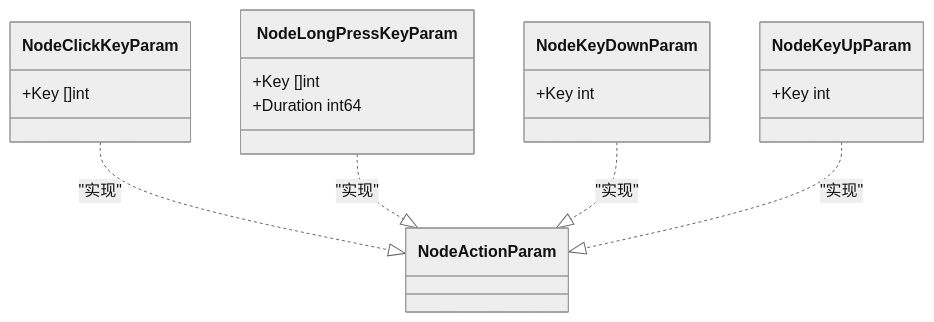
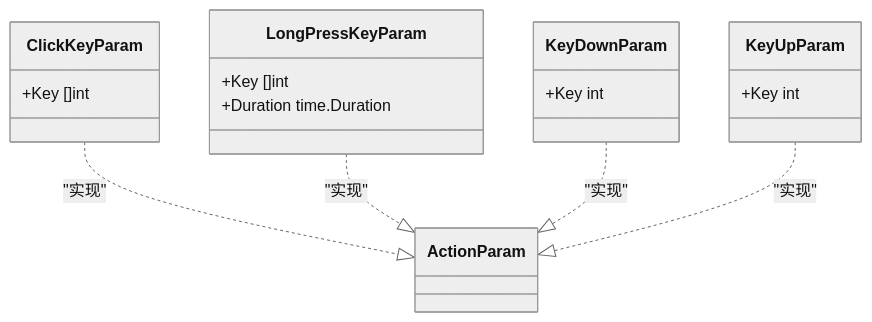
Before and after one commit to kqcoxn/MaaPipelineEditor: the fourth of 8 diagrams in instructions/maafw-golang-binding/高级功能/流水线配置/节点结构详解/动作配置详解/动作配置详解.md, drawn with Mermaid (neutral theme). The commit also changed other lines of this file and 6 other files, not shown here.

````diff
--- a/instructions/maafw-golang-binding/高级功能/流水线配置/节点结构详解/动作配置详解/动作配置详解.md
+++ b/instructions/maafw-golang-binding/高级功能/流水线配置/节点结构详解/动作配置详解/动作配置详解.md
@@ -159,20 +195,20 @@
 ```mermaid
 classDiagram
-class NodeClickKeyParam {
+class ClickKeyParam {
 +Key []int
 }
-class NodeLongPressKeyParam {
+class LongPressKeyParam {
 +Key []int
-+Duration int64
++Duration time.Duration
 }
-class NodeKeyDownParam {
+class KeyDownParam {
 +Key int
 }
-class NodeKeyUpParam {
+class KeyUpParam {
 +Key int
 }
-NodeClickKeyParam ..|> NodeActionParam : "实现"
-NodeLongPressKeyParam ..|> NodeActionParam : "实现"
-NodeKeyDownParam ..|> NodeActionParam : "实现"
-NodeKeyUpParam ..|> NodeActionParam : "实现"
+ClickKeyParam ..|> ActionParam : "实现"
+LongPressKeyParam ..|> ActionParam : "实现"
+KeyDownParam ..|> ActionParam : "实现"
+KeyUpParam ..|> ActionParam : "实现"
 ```
````
